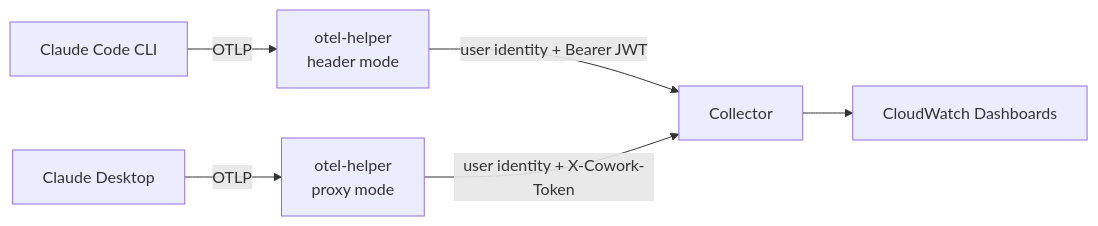
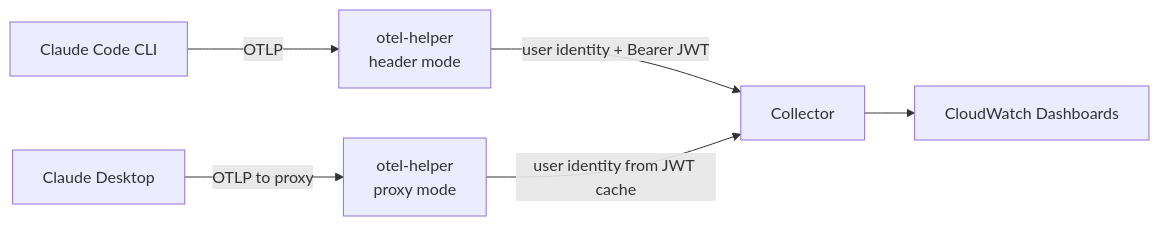
The third of 4 diagrams in README.md (aws-solutions-library-samples/guidance-for-claude-code-with-amazon-bedrock), drawn with Mermaid before and after one commit. The commit also changed other lines of this file and 18 other files, not shown here.

First line of the commit message:
feat(monitoring): enable per-user identity for Cowork in central + sidecar modes

````diff
--- a/README.md
+++ b/README.md
@@ -155,8 +155,8 @@
 ```mermaid
 flowchart LR
     CC[Claude Code CLI] -->|OTLP| OH1[otel-helper<br/>header mode]
-    CW[Claude Desktop] -->|OTLP| OH2[otel-helper<br/>proxy mode]
+    CW[Claude Desktop] -->|OTLP to proxy| OH2[otel-helper<br/>proxy mode]
     OH1 -->|"user identity + Bearer JWT"| COLL[Collector]
-    OH2 -->|"user identity + X-Cowork-Token"| COLL
+    OH2 -->|"user identity from JWT cache"| COLL
     COLL --> DASH[CloudWatch Dashboards]
 ```
````
